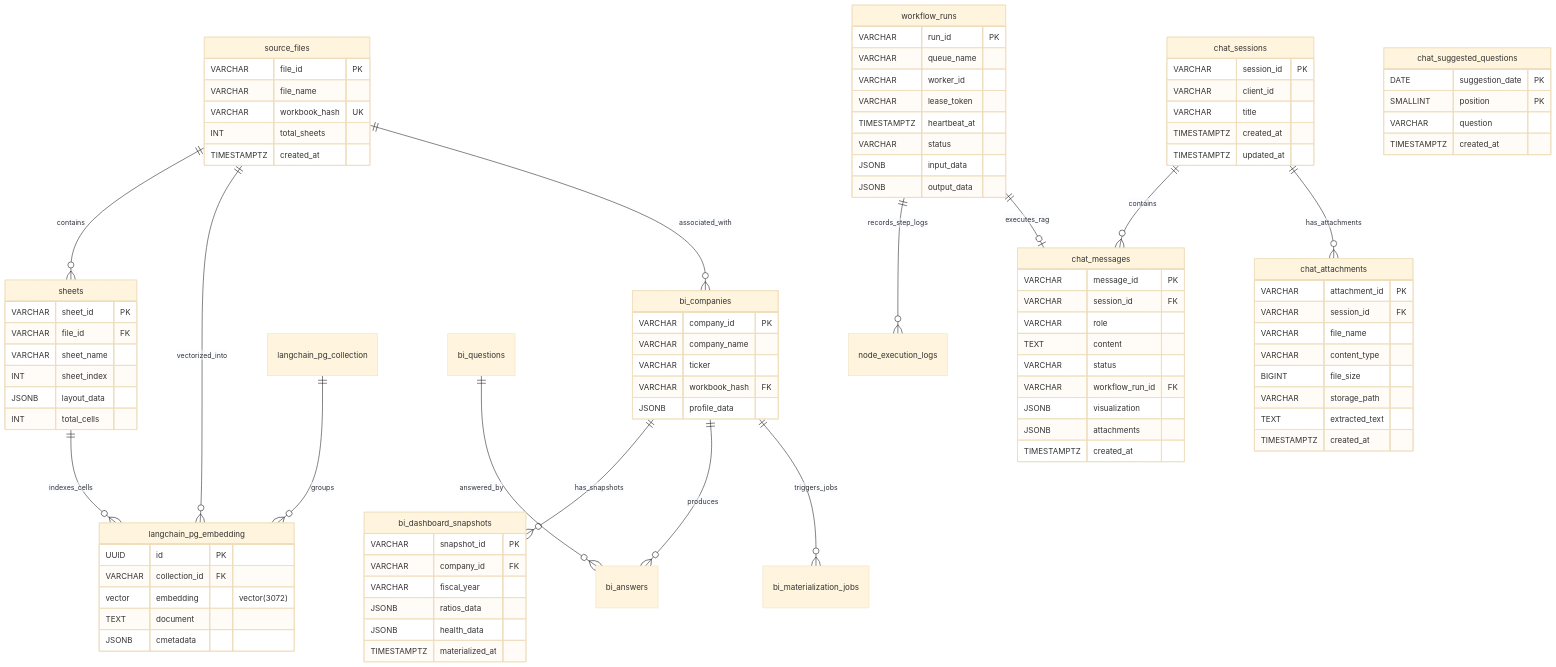
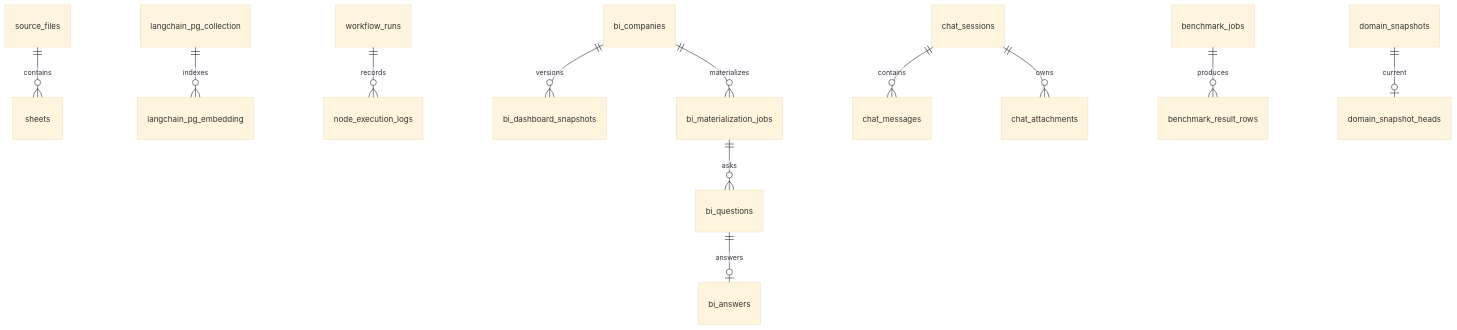
One commit to bist-mini-final/bist-mini-final changed the diagram in docs/final_report/03_system_architecture_and_design/SEC-304_database_erd_and_vector_schema.md. Above: the diagram before and after it, drawn with Mermaid (base theme). The commit also changed other lines of this file and 205 other files, not shown here.

Commit message:
feat: initialize full-stack workspace architecture with BI analytics, company comparison, and job orchestration modules

````diff
--- a/docs/final_report/03_system_architecture_and_design/SEC-304_database_erd_and_vector_schema.md
+++ b/docs/final_report/03_system_architecture_and_design/SEC-304_database_erd_and_vector_schema.md
@@ -9,112 +31,14 @@
 ```mermaid
 erDiagram
-    source_files ||--o{ sheets : "contains"
-    source_files ||--o{ langchain_pg_embedding : "vectorized_into"
-    source_files ||--o{ bi_companies : "associated_with"
-    
-    sheets ||--o{ langchain_pg_embedding : "indexes_cells"
-    langchain_pg_collection ||--o{ langchain_pg_embedding : "groups"
-    
-    bi_companies ||--o{ bi_dashboard_snapshots : "has_snapshots"
-    bi_companies ||--o{ bi_answers : "produces"
-    bi_companies ||--o{ bi_materialization_jobs : "triggers_jobs"
-    
-    bi_questions ||--o{ bi_answers : "answered_by"
-    
-    workflow_runs ||--o{ node_execution_logs : "records_step_logs"
-
-    chat_sessions ||--o{ chat_messages : "contains"
-    chat_sessions ||--o{ chat_attachments : "has_attachments"
-    workflow_runs ||--o| chat_messages : "executes_rag"
-
-    chat_sessions {
-        VARCHAR session_id PK
-        VARCHAR client_id
-        VARCHAR title
-        TIMESTAMPTZ created_at
-        TIMESTAMPTZ updated_at
-    }
-
-    chat_messages {
-        VARCHAR message_id PK
-        VARCHAR session_id FK
-        VARCHAR role
-        TEXT content
-        VARCHAR status
-        VARCHAR workflow_run_id FK
-        JSONB visualization
-        JSONB attachments
-        TIMESTAMPTZ created_at
-    }
-
-    chat_attachments {
-        VARCHAR attachment_id PK
-        VARCHAR session_id FK
-        VARCHAR file_name
-        VARCHAR content_type
-        BIGINT file_size
-        VARCHAR storage_path
-        TEXT extracted_text
-        TIMESTAMPTZ created_at
-    }
-
-    chat_suggested_questions {
-        DATE suggestion_date PK
-        SMALLINT position PK
-        VARCHAR question
-        TIMESTAMPTZ created_at
-    }
-
-    source_files {
-        VARCHAR file_id PK
-        VARCHAR file_name
-        VARCHAR workbook_hash UK
-        INT total_sheets
-        TIMESTAMPTZ created_at
-    }
-
-    sheets {
-        VARCHAR sheet_id PK
-        VARCHAR file_id FK
-        VARCHAR sheet_name
-        INT sheet_index
-        JSONB layout_data
-        INT total_cells
-    }
-
-    langchain_pg_embedding {
-        UUID id PK
-        VARCHAR collection_id FK
-        vector embedding "vector(3072)"
-        TEXT document
-        JSONB cmetadata
-    }
-
-    bi_companies {
-        VARCHAR company_id PK
-        VARCHAR company_name
-        VARCHAR ticker
-        VARCHAR workbook_hash FK
-        JSONB profile_data
-    }
-
-    bi_dashboard_snapshots {
-        VARCHAR snapshot_id PK
-        VARCHAR company_id FK
-        VARCHAR fiscal_year
-        JSONB ratios_data
-        JSONB health_data
-        TIMESTAMPTZ materialized_at
-    }
-
-    workflow_runs {
-        VARCHAR run_id PK
-        VARCHAR queue_name
-        VARCHAR worker_id
-        VARCHAR lease_token
-        TIMESTAMPTZ heartbeat_at
-        VARCHAR status
-        JSONB input_data
-        JSONB output_data
-    }
+    source_files ||--o{ sheets : contains
+    langchain_pg_collection ||--o{ langchain_pg_embedding : indexes
+    workflow_runs ||--o{ node_execution_logs : records
+    bi_companies ||--o{ bi_dashboard_snapshots : versions
+    bi_companies ||--o{ bi_materialization_jobs : materializes
+    bi_materialization_jobs ||--o{ bi_questions : asks
+    bi_questions ||--o| bi_answers : answers
+    chat_sessions ||--o{ chat_messages : contains
+    chat_sessions ||--o{ chat_attachments : owns
+    benchmark_jobs ||--o{ benchmark_result_rows : produces
+    domain_snapshots ||--o| domain_snapshot_heads : current
 ```
````
